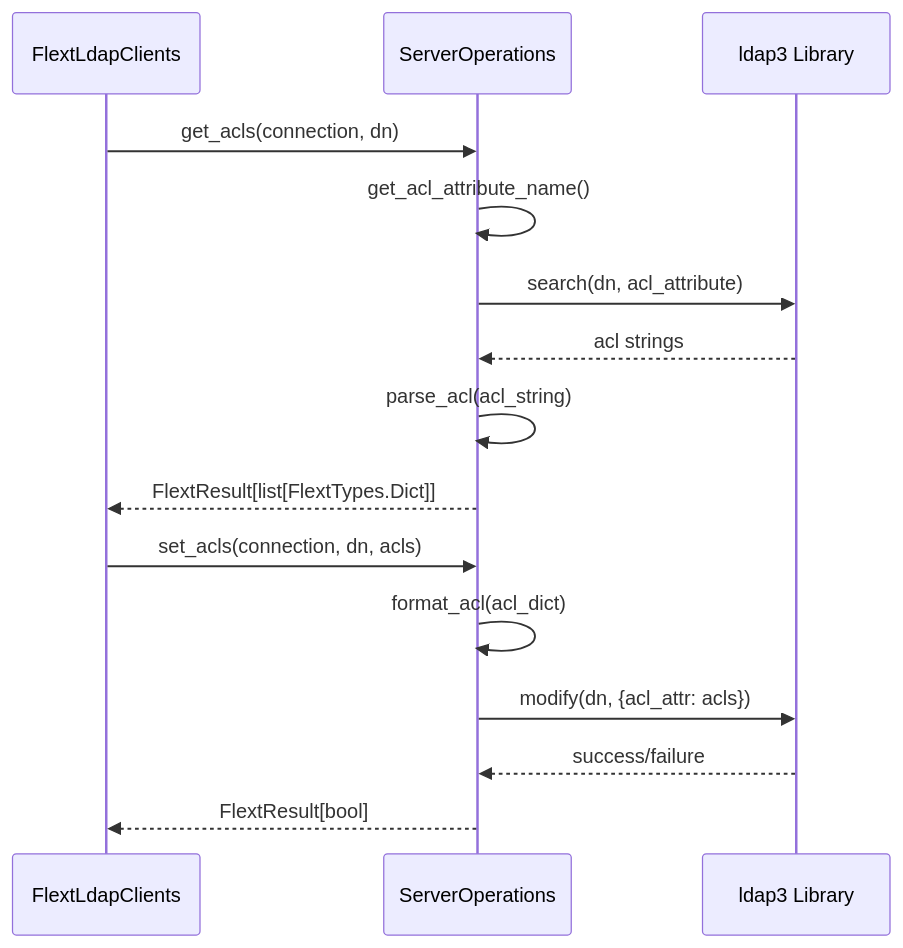
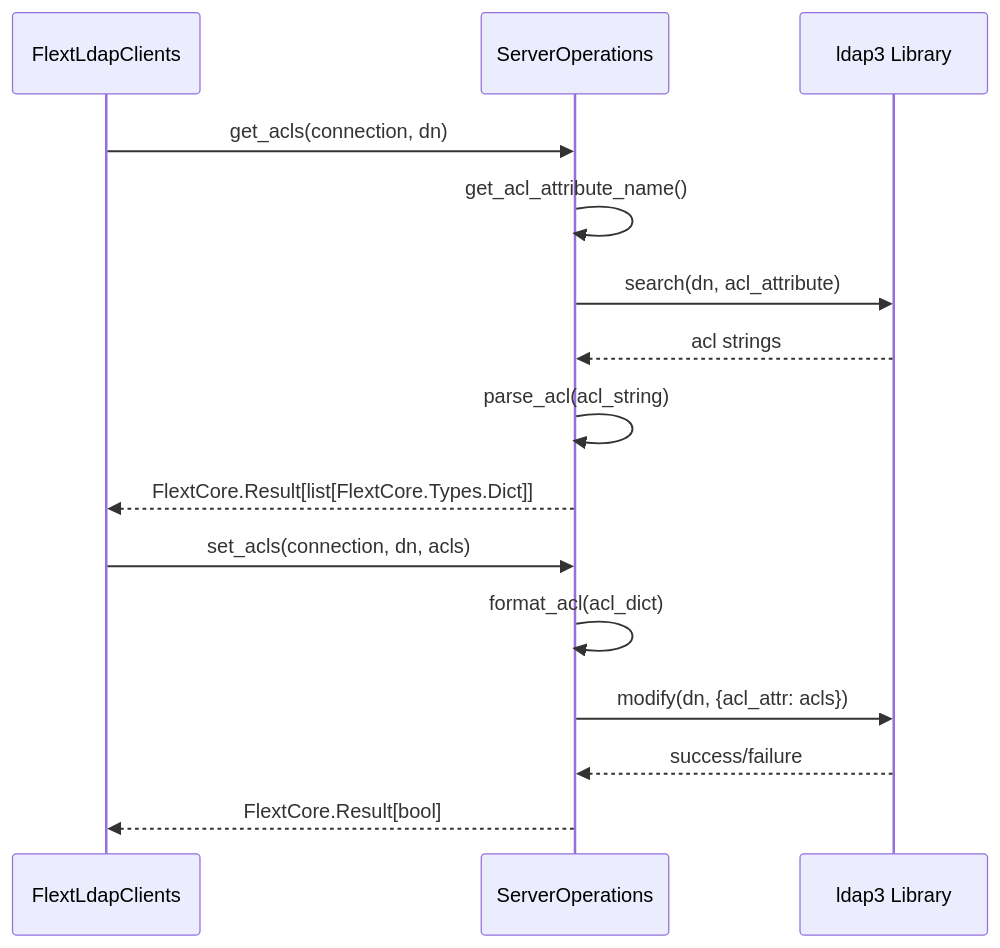
Before and after one commit to flext-sh/flext-ldap: the third of 3 diagrams in docs/architecture.md, drawn with Mermaid. The commit also changed other lines of this file and 129 other files, not shown here.

````diff
--- a/docs/architecture.md
+++ b/docs/architecture.md
@@ -300,19 +300,19 @@
 ```mermaid
 sequenceDiagram
     participant Client as FlextLdapClients
     participant Ops as ServerOperations
     participant ldap3 as ldap3 Library
 
     Client->>Ops: get_acls(connection, dn)
     Ops->>Ops: get_acl_attribute_name()
     Ops->>ldap3: search(dn, acl_attribute)
     ldap3-->>Ops: acl strings
     Ops->>Ops: parse_acl(acl_string)
-    Ops-->>Client: FlextResult[list[FlextTypes.Dict]]
+    Ops-->>Client: FlextCore.Result[list[FlextCore.Types.Dict]]
 
     Client->>Ops: set_acls(connection, dn, acls)
     Ops->>Ops: format_acl(acl_dict)
     Ops->>ldap3: modify(dn, {acl_attr: acls})
     ldap3-->>Ops: success/failure
-    Ops-->>Client: FlextResult[bool]
+    Ops-->>Client: FlextCore.Result[bool]
 ```
````
